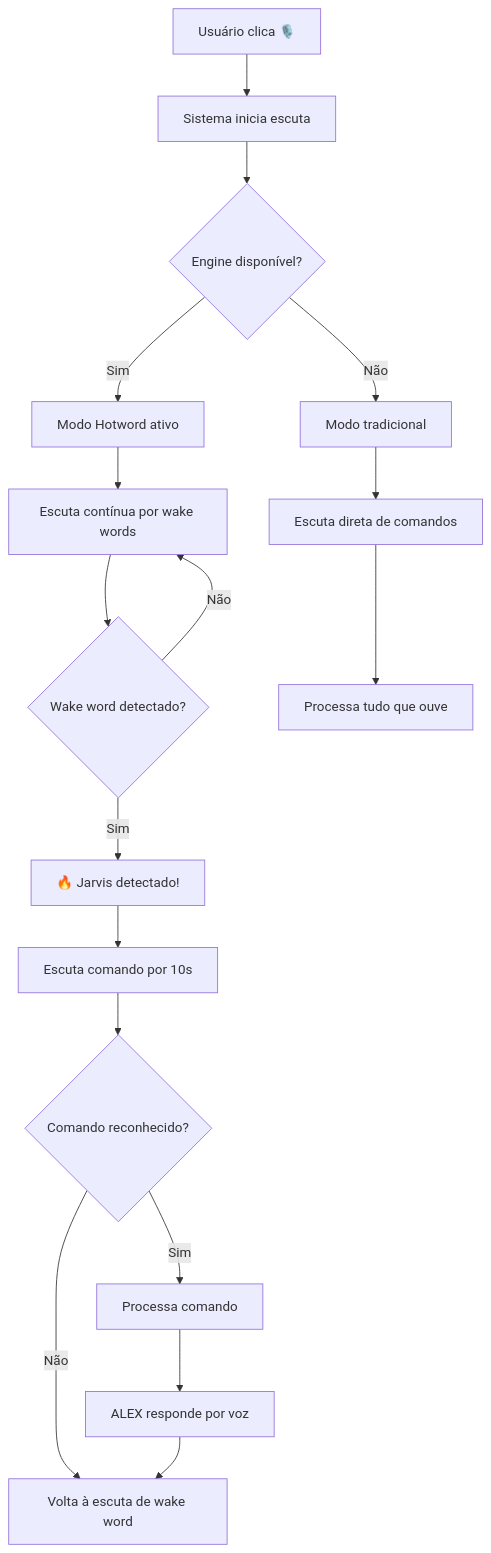
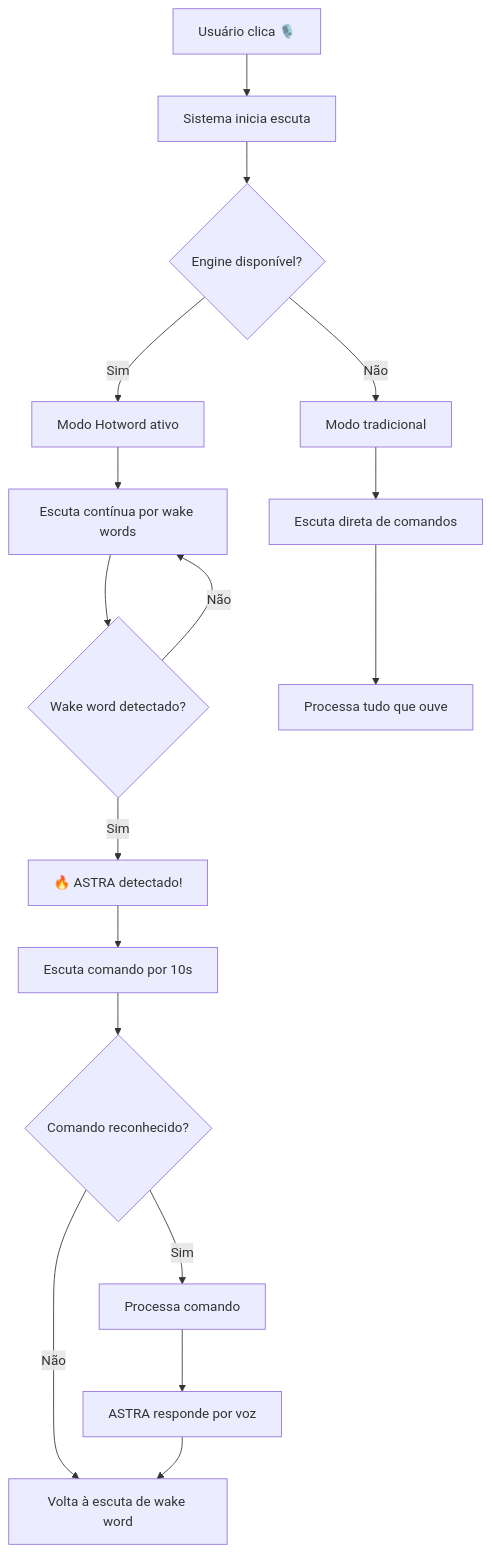
The diagram in astra/docs/guides/HOTWORD_SETUP_GUIDE.md (Renonemre-oss/astra-assistant), drawn with Mermaid before and after one commit. The commit also changed other lines of this file and 135 other files, not shown here.

First line of the commit message:
Rebrand Interface: ALEX/JARVIS → ASTRA

````diff
--- a/astra/docs/guides/HOTWORD_SETUP_GUIDE.md
+++ b/astra/docs/guides/HOTWORD_SETUP_GUIDE.md
@@ -150,23 +150,23 @@
 ```mermaid
 flowchart TD
     A[Usuário clica 🎙️] --> B[Sistema inicia escuta]
     B --> C{Engine disponível?}
     C -->|Sim| D[Modo Hotword ativo]
     C -->|Não| E[Modo tradicional]
     
     D --> F[Escuta contínua por wake words]
     F --> G{Wake word detectado?}
     G -->|Não| F
-    G -->|Sim| H["🔥 Jarvis detectado!"]
+    G -->|Sim| H["🔥 ASTRA detectado!"]
     
     H --> I[Escuta comando por 10s]
     I --> J{Comando reconhecido?}
     J -->|Sim| K[Processa comando]
     J -->|Não| L[Volta à escuta de wake word]
     
-    K --> M[ALEX responde por voz]
+    K --> M[ASTRA responde por voz]
     M --> L
     
     E --> N[Escuta direta de comandos]
     N --> O[Processa tudo que ouve]
 ```
````
